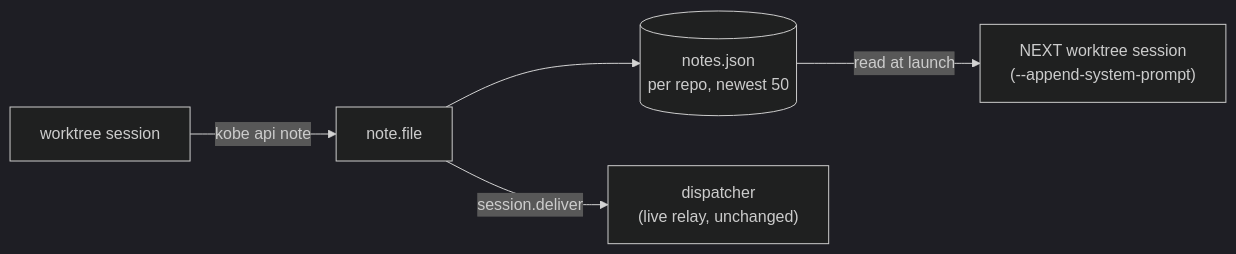
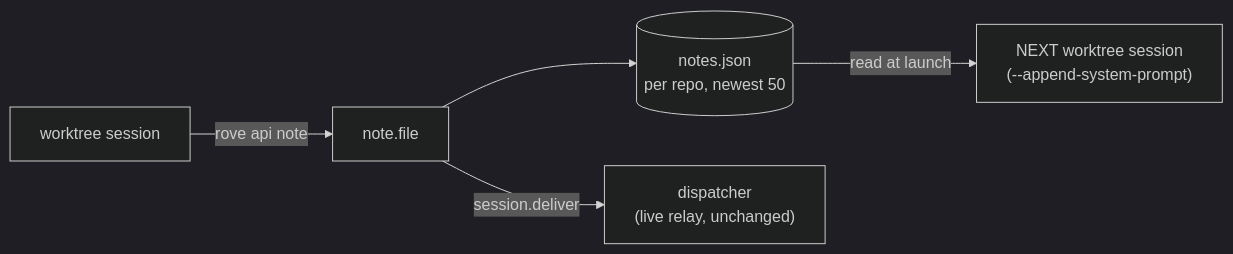
The second of 2 diagrams in docs/design/dispatcher.md (Sma1lboy/kobe), drawn with Mermaid (dark theme) before and after one commit. The commit also changed other lines of this file and 26 other files, not shown here.

````diff
--- a/docs/design/dispatcher.md
+++ b/docs/design/dispatcher.md
@@ -46,7 +46,7 @@
 ```mermaid
 flowchart LR
-  W["worktree session"] -- "kobe api note" --> RPC[note.file]
+  W["worktree session"] -- "rove api note" --> RPC[note.file]
   RPC --> Store[(notes.json\nper repo, newest 50)]
   RPC -- "session.deliver" --> D["dispatcher\n(live relay, unchanged)"]
   Store -- "read at launch" --> N["NEXT worktree session\n(--append-system-prompt)"]
 ```
````
